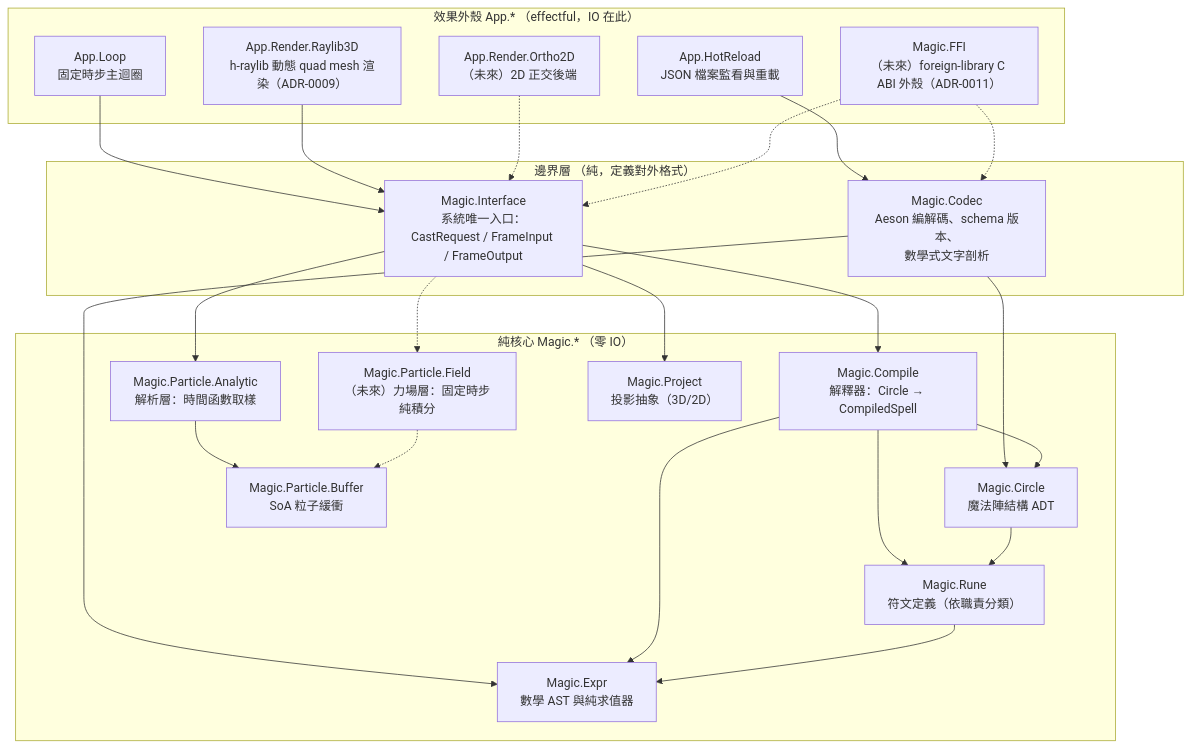
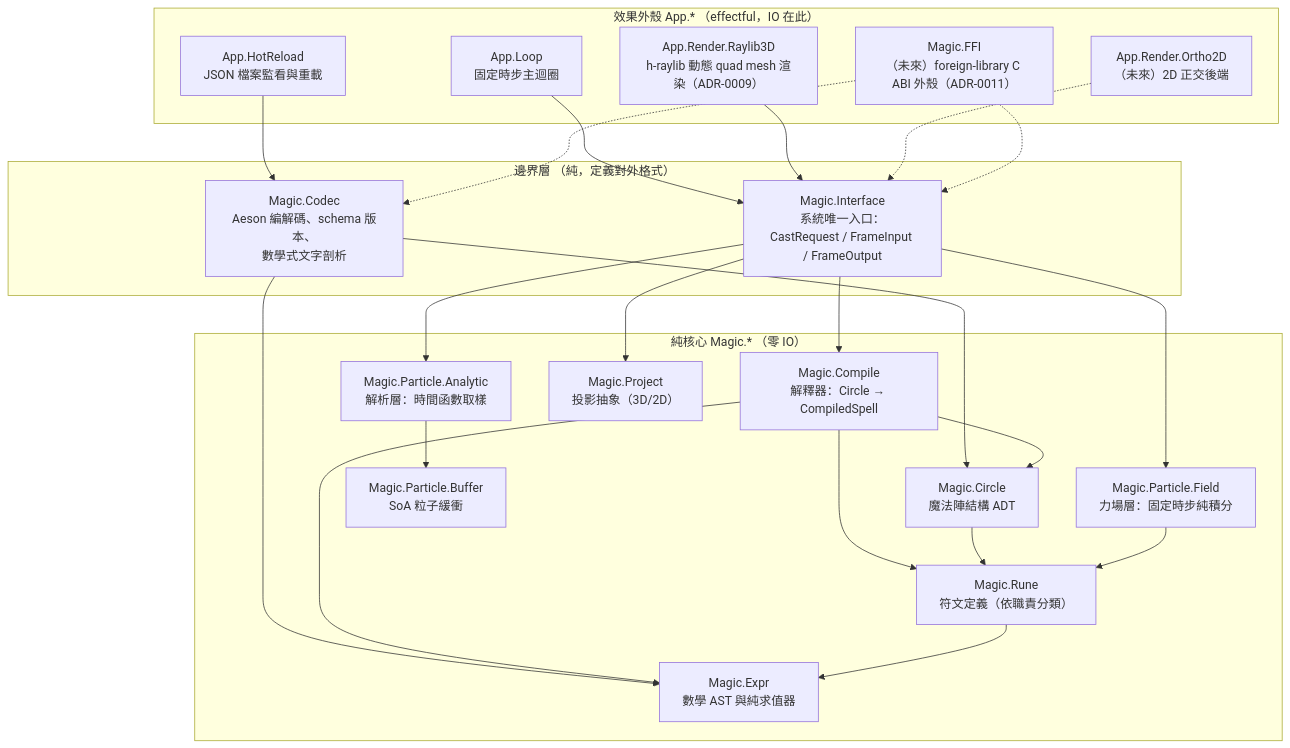
The first of 4 diagrams in docs/architecture.md (utomore/particle-magic-system), drawn with Mermaid before and after one commit. The commit also changed other lines of this file and 26 other files, not shown here.

````diff
--- a/docs/architecture.md
+++ b/docs/architecture.md
@@ -39,48 +39,48 @@
 ```mermaid
 flowchart TD
     subgraph Shell["效果外殼 App.* （effectful，IO 在此）"]
         Loop["App.Loop<br/>固定時步主迴圈"]
         HotReload["App.HotReload<br/>JSON 檔案監看與重載"]
         Render3D["App.Render.Raylib3D<br/>h-raylib 動態 quad mesh 渲染（ADR-0009）"]
         Render2D["App.Render.Ortho2D<br/>（未來）2D 正交後端"]
         FFIShell["Magic.FFI<br/>（未來）foreign-library C ABI 外殼（ADR-0011）"]
     end
 
     subgraph Boundary["邊界層 （純，定義對外格式）"]
         Interface["Magic.Interface<br/>系統唯一入口：<br/>CastRequest / FrameInput / FrameOutput"]
         Codec["Magic.Codec<br/>Aeson 編解碼、schema 版本、<br/>數學式文字剖析"]
     end
 
     subgraph Core["純核心 Magic.* （零 IO）"]
         Circle["Magic.Circle<br/>魔法陣結構 ADT"]
         Rune["Magic.Rune<br/>符文定義（依職責分類）"]
         Expr["Magic.Expr<br/>數學 AST 與純求值器"]
         Compile["Magic.Compile<br/>解釋器：Circle → CompiledSpell"]
         Analytic["Magic.Particle.Analytic<br/>解析層：時間函數取樣"]
-        Field["Magic.Particle.Field<br/>（未來）力場層：固定時步純積分"]
+        Field["Magic.Particle.Field<br/>力場層：固定時步純積分"]
         Buffer["Magic.Particle.Buffer<br/>SoA 粒子緩衝"]
         Project["Magic.Project<br/>投影抽象（3D/2D）"]
     end
 
     Loop --> Interface
     HotReload --> Codec
     Render3D --> Interface
     Render2D -.-> Interface
     FFIShell -.-> Interface
     FFIShell -.-> Codec
 
     Interface --> Compile
     Interface --> Analytic
-    Interface -.-> Field
+    Interface --> Field
     Codec --> Circle
     Codec --> Expr
 
     Compile --> Circle
     Compile --> Rune
     Compile --> Expr
     Circle --> Rune
     Rune --> Expr
     Analytic --> Buffer
-    Field -.-> Buffer
+    Field --> Rune
     Interface --> Project
 ```
````
